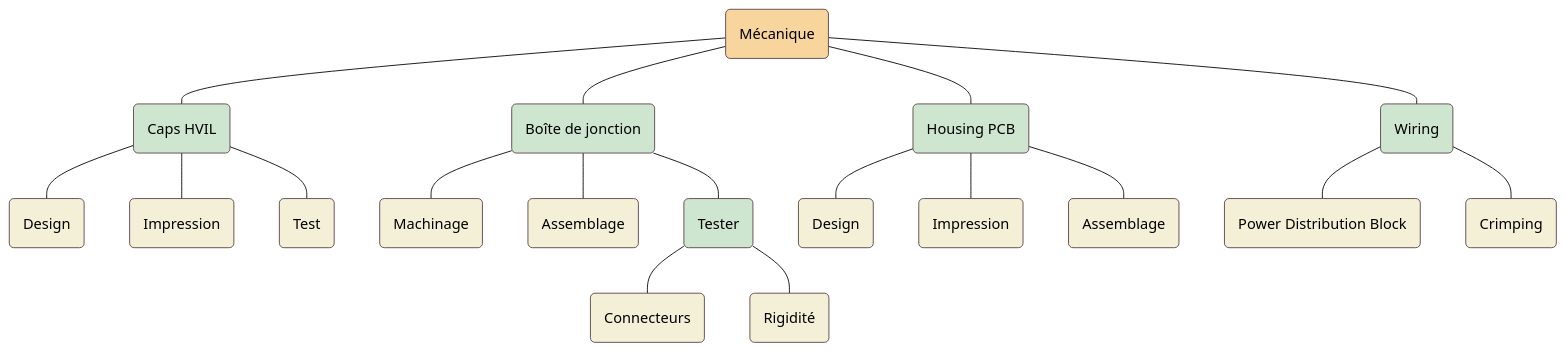
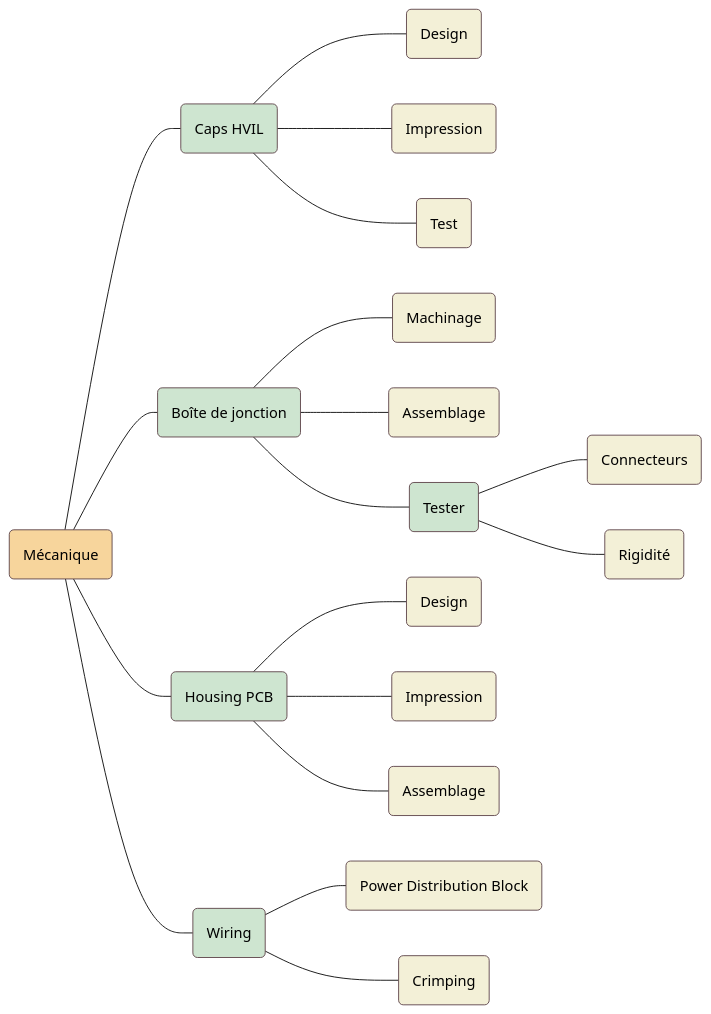
One commit to felax/OUTILLAGE changed the fourth of 4 diagrams in README.md. Above: the diagram before and after it, drawn with Mermaid (base theme). The commit also changed other lines of this file, not shown here.

````diff
--- a/README.md
+++ b/README.md
@@ -100,25 +100,25 @@
 ``` mermaid
-graph TD
+graph LR
 a(Mécanique):::top
 a --- b(Caps HVIL):::mid
     b --- c(Design)
     b --- d(Impression)
     b --- e(Test)
 a --- f(Boîte de jonction):::mid
     f --- g(Machinage)
     f --- h(Assemblage)
     f --- i(Tester):::mid
         i --- j(Connecteurs)
         i --- k(Rigidité)
 a --- l(Housing PCB):::mid
     l --- m(Design)
     l --- n(Impression)
     l --- o(Assemblage)
 a --- p(Wiring):::mid
     p --- q(Power Distribution Block)
     p --- r(Crimping)
     
 classDef top fill:#F7D59C,stroke:#5E454B,color:#000
 classDef mid fill:#CEE5D0,stroke:#5E454B,color:#000
 classDef default fill:#F3F0D7,stroke:#5E454B,color:#000
 ```
````
